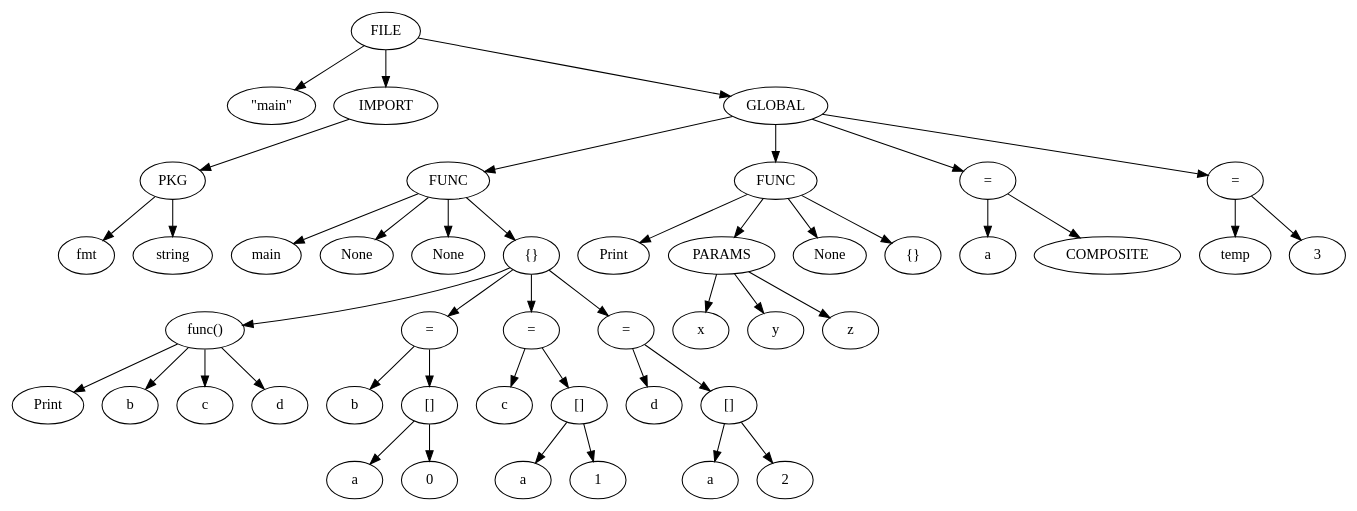
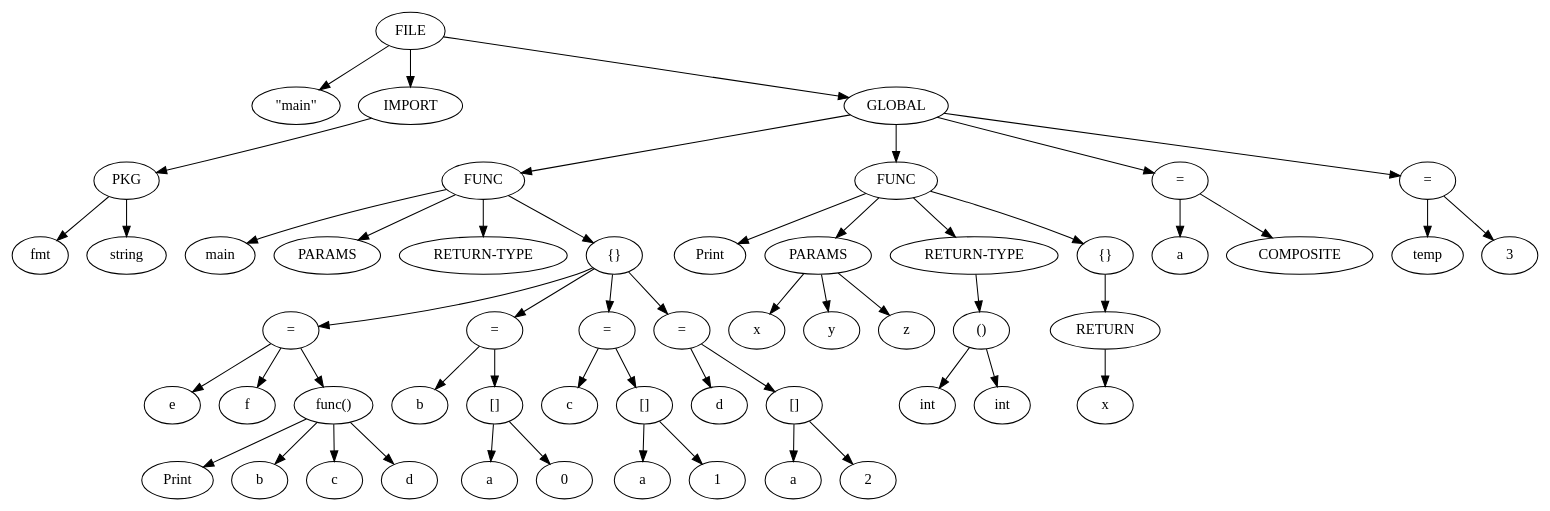
Before and after one commit to devanshusingla/GIPSC: the diagram in test.dot, drawn with Graphviz. The commit also changed 5 other files, not shown here.

```diff
--- a/test.dot
+++ b/test.dot
@@ -1,48 +1,56 @@
 digraph G {
 	0 -> 1;
 	0 -> 2;
 	2 -> 3;
 	3 -> 4;
 	3 -> 5;
 	0 -> 6;
 	6 -> 7;
 	7 -> 8;
 	7 -> 9;
 	7 -> 10;
 	7 -> 11;
 	11 -> 12;
 	12 -> 13;
 	12 -> 14;
 	12 -> 15;
-	12 -> 16;
-	11 -> 17;
-	17 -> 18;
-	17 -> 19;
-	19 -> 20;
-	19 -> 21;
-	11 -> 22;
+	15 -> 16;
+	15 -> 17;
+	15 -> 18;
+	15 -> 19;
+	11 -> 20;
+	20 -> 21;
+	20 -> 22;
 	22 -> 23;
 	22 -> 24;
-	24 -> 25;
-	24 -> 26;
-	11 -> 27;
+	11 -> 25;
+	25 -> 26;
+	25 -> 27;
 	27 -> 28;
 	27 -> 29;
-	29 -> 30;
-	29 -> 31;
-	6 -> 32;
+	11 -> 30;
+	30 -> 31;
+	30 -> 32;
 	32 -> 33;
 	32 -> 34;
-	34 -> 35;
-	34 -> 36;
-	34 -> 37;
-	32 -> 38;
-	32 -> 39;
-	6 -> 40;
-	40 -> 41;
-	40 -> 42;
-	6 -> 43;
-	43 -> 44;
-	43 -> 45;
-	0 [label=FILE];	1 [label="\"main\""];	2 [label="IMPORT"];	3 [label="PKG"];	4 [label="fmt"];	5 [label="string"];	6 [label="GLOBAL"];	7 [label="FUNC"];	8 [label="main"];	9 [label="None"];	10 [label="None"];	11 [label="{}"];	12 [label="func()"];	13 [label="Print"];	14 [label="b"];	15 [label="c"];	16 [label="d"];	17 [label="="];	18 [label="b"];	19 [label="[]"];	20 [label="a"];	21 [label="0"];	22 [label="="];	23 [label="c"];	24 [label="[]"];	25 [label="a"];	26 [label="1"];	27 [label="="];	28 [label="d"];	29 [label="[]"];	30 [label="a"];	31 [label="2"];	32 [label="FUNC"];	33 [label="Print"];	34 [label="PARAMS"];	35 [label="x"];	36 [label="y"];	37 [label="z"];	38 [label="None"];	39 [label="{}"];	40 [label="="];	41 [label="a"];	42 [label="COMPOSITE"];	43 [label="="];	44 [label="temp"];	45 [label="3"];
+	6 -> 35;
+	35 -> 36;
+	35 -> 37;
+	37 -> 38;
+	37 -> 39;
+	37 -> 40;
+	35 -> 41;
+	41 -> 42;
+	42 -> 43;
+	42 -> 44;
+	35 -> 45;
+	45 -> 46;
+	46 -> 47;
+	6 -> 48;
+	48 -> 49;
+	48 -> 50;
+	6 -> 51;
+	51 -> 52;
+	51 -> 53;
+	0 [label=FILE];	1 [label="\"main\""];	2 [label="IMPORT"];	3 [label="PKG"];	4 [label="fmt"];	5 [label="string"];	6 [label="GLOBAL"];	7 [label="FUNC"];	8 [label="main"];	9 [label="PARAMS"];	10 [label="RETURN-TYPE"];	11 [label="{}"];	12 [label="="];	13 [label="e"];	14 [label="f"];	15 [label="func()"];	16 [label="Print"];	17 [label="b"];	18 [label="c"];	19 [label="d"];	20 [label="="];	21 [label="b"];	22 [label="[]"];	23 [label="a"];	24 [label="0"];	25 [label="="];	26 [label="c"];	27 [label="[]"];	28 [label="a"];	29 [label="1"];	30 [label="="];	31 [label="d"];	32 [label="[]"];	33 [label="a"];	34 [label="2"];	35 [label="FUNC"];	36 [label="Print"];	37 [label="PARAMS"];	38 [label="x"];	39 [label="y"];	40 [label="z"];	41 [label="RETURN-TYPE"];	42 [label="()"];	43 [label="int"];	44 [label="int"];	45 [label="{}"];	46 [label="RETURN"];	47 [label="x"];	48 [label="="];	49 [label="a"];	50 [label="COMPOSITE"];	51 [label="="];	52 [label="temp"];	53 [label="3"];
 }
```
